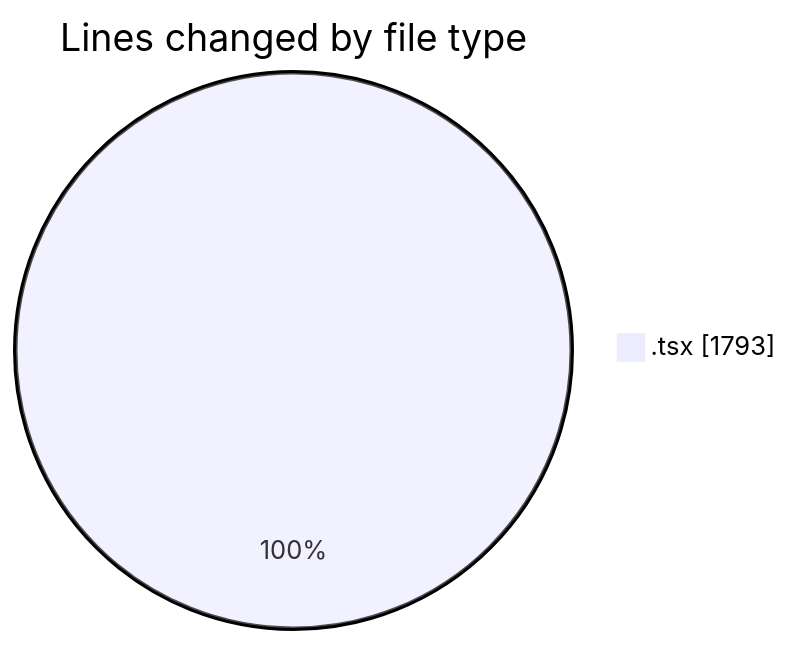
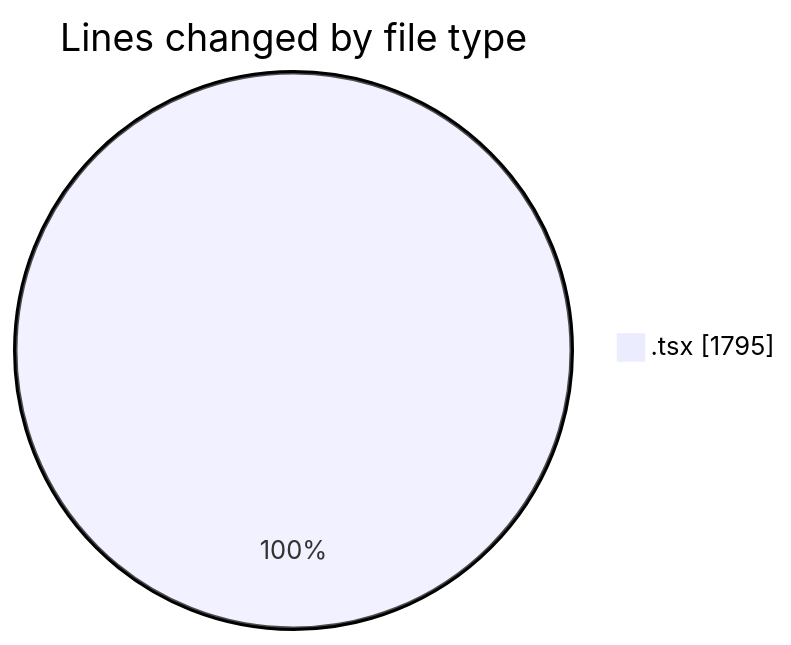
Before and after one commit to nxtqubesakshisongat/code-tracking: the first of 2 diagrams in 2026-04-22/nxtqube_webapp/README.md, drawn with Mermaid. The commit also changed other lines of this file and 1 other file, not shown here.

````diff
--- a/2026-04-22/nxtqube_webapp/README.md
+++ b/2026-04-22/nxtqube_webapp/README.md
@@ -21,5 +21,5 @@
 ```mermaid
 pie showData
 title Lines changed by file type
-".tsx" : 1793
+".tsx" : 1795
 ```
````
